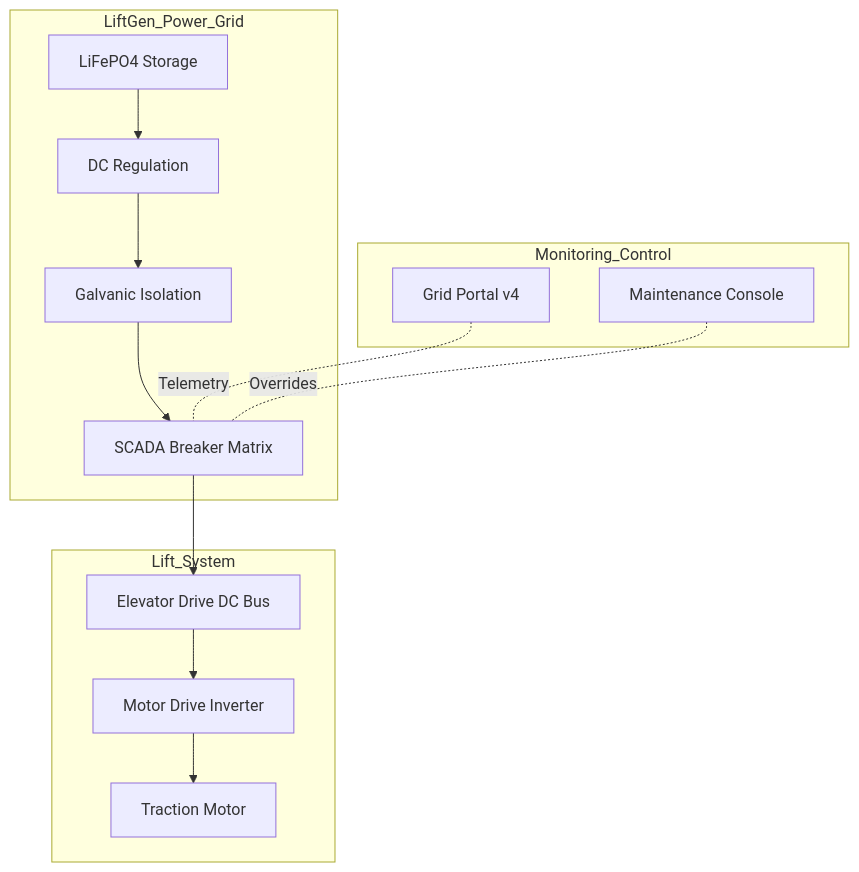
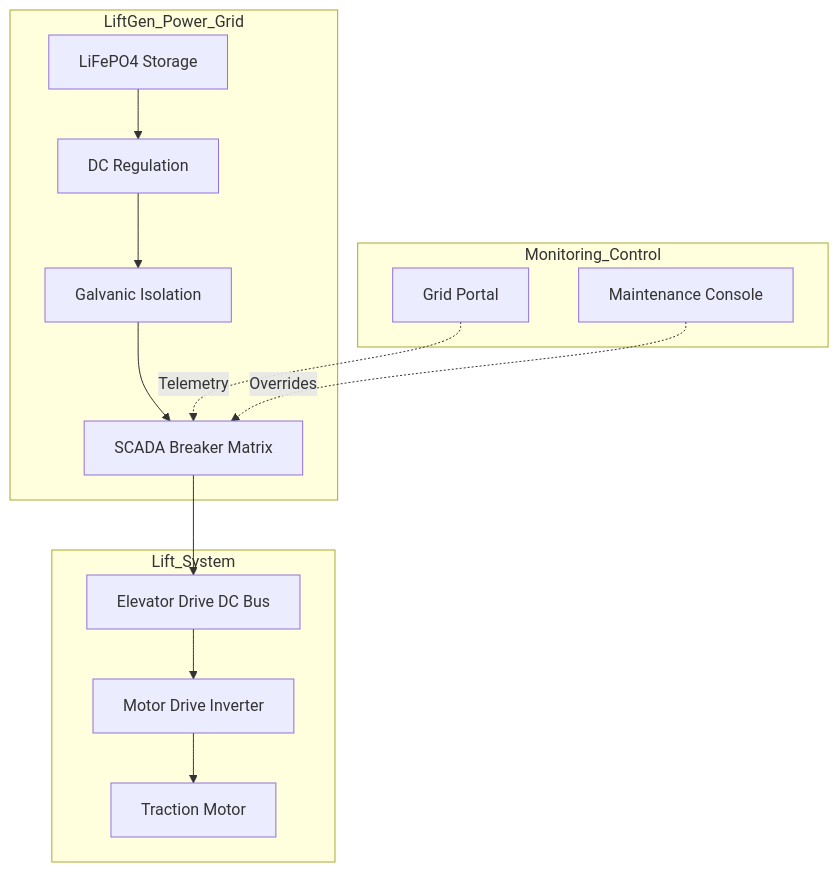
The third of 4 diagrams in docs/architecture.md (Dovineowuor/LiftGen-Solo-Dove), drawn with Mermaid before and after one commit. The commit also changed other lines of this file and 4 other files, not shown here.

Commit message:
docs: update architecture, whitepaper, installation manual and project docs

````diff
--- a/docs/architecture.md
+++ b/docs/architecture.md
@@ -118,31 +456,31 @@
 ```mermaid
 graph TD
 
 subgraph LiftGen_Power_Grid
     BAT[LiFePO4 Storage]
     REG[DC Regulation]
     ISO[Galvanic Isolation]
     BRK[SCADA Breaker Matrix]
 end
 
 subgraph Lift_System
     DCBUS[Elevator Drive DC Bus]
     VFD[Motor Drive Inverter]
     MOTOR[Traction Motor]
 end
 
 subgraph Monitoring_Control
-    SCADA[Grid Portal v4]
+    SCADA[Grid Portal]
     CMD[Maintenance Console]
 end
 
 BAT --> REG
 REG --> ISO
 ISO --> BRK
 BRK --> DCBUS
 DCBUS --> VFD
 VFD --> MOTOR
 
-SCADA -.-|Telemetry| BRK
-CMD -.-|Overrides| BRK
+SCADA -. Telemetry .-> BRK
+CMD -. Overrides .-> BRK
 ```
````
